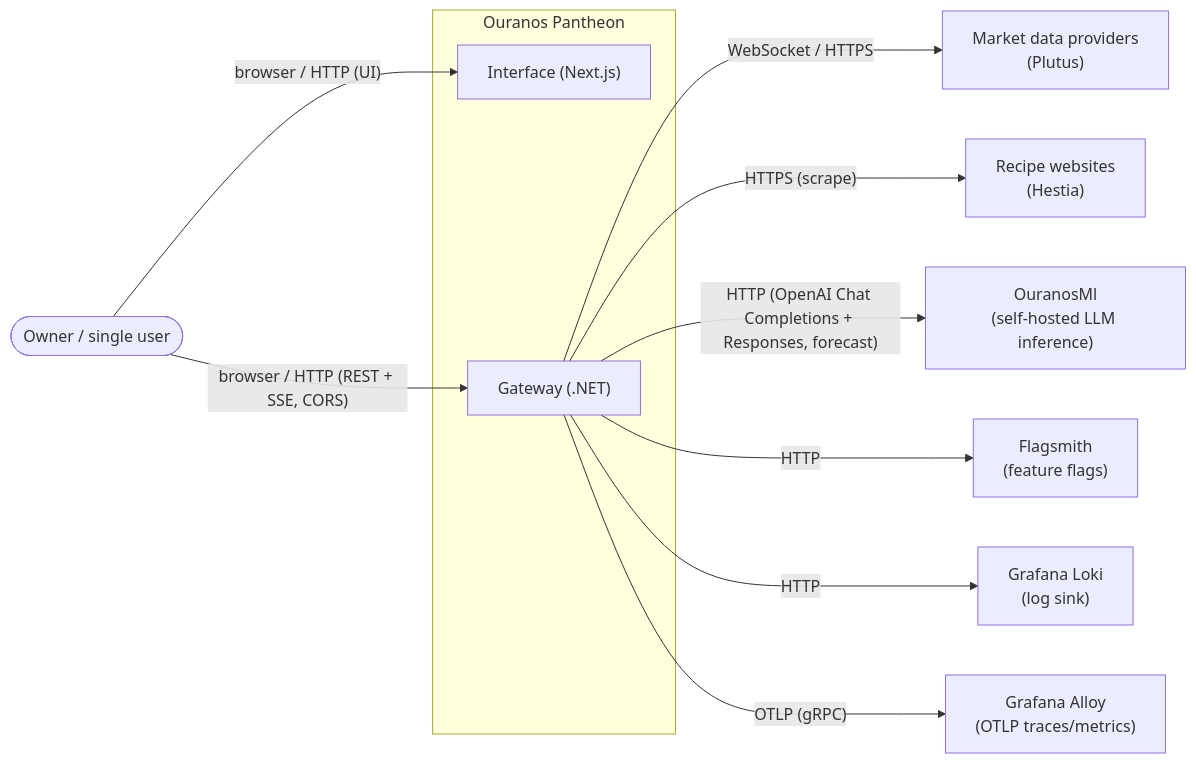
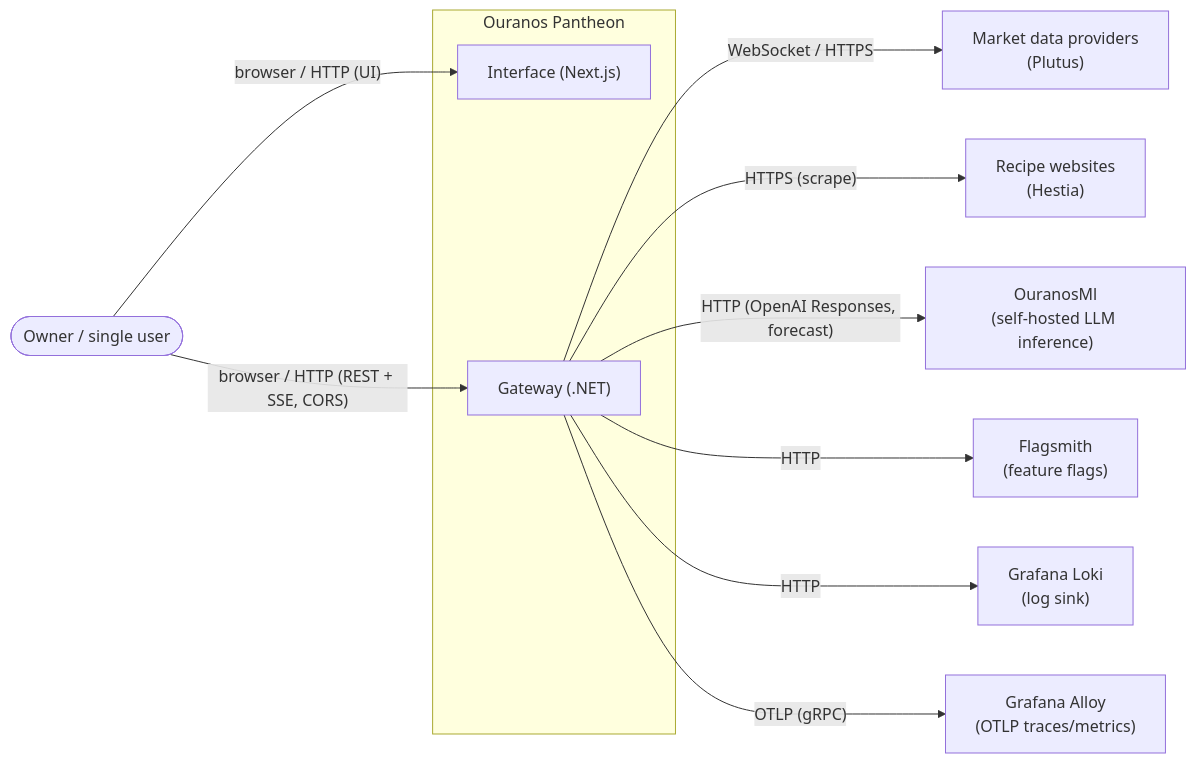
Before and after one commit to davwales/ouranos-pantheon: the diagram in docs/architecture/03-context-and-scope.md, drawn with Mermaid. The commit also changed other lines of this file and 125 other files, not shown here.

````diff
--- a/docs/architecture/03-context-and-scope.md
+++ b/docs/architecture/03-context-and-scope.md
@@ -10,26 +10,26 @@
 ```mermaid
 graph LR
     owner([Owner / single user])
 
     subgraph pantheon["Ouranos Pantheon"]
         interface["Interface (Next.js)"]
         gateway["Gateway (.NET)"]
     end
 
     marketData["Market data providers<br/>(Plutus)"]
     recipeSites["Recipe websites<br/>(Hestia)"]
     ouranosMl["OuranosMl<br/>(self-hosted LLM inference)"]
     flagsmith["Flagsmith<br/>(feature flags)"]
     loki["Grafana Loki<br/>(log sink)"]
     alloy["Grafana Alloy<br/>(OTLP traces/metrics)"]
 
     owner -- "browser / HTTP (UI)" --> interface
     owner -- "browser / HTTP (REST + SSE, CORS)" --> gateway
 
     gateway -- "WebSocket / HTTPS" --> marketData
     gateway -- "HTTPS (scrape)" --> recipeSites
-    gateway -- "HTTP (OpenAI Chat Completions + Responses, forecast)" --> ouranosMl
+    gateway -- "HTTP (OpenAI Responses, forecast)" --> ouranosMl
     gateway -- HTTP --> flagsmith
     gateway -- HTTP --> loki
     gateway -- "OTLP (gRPC)" --> alloy
 ```
````
